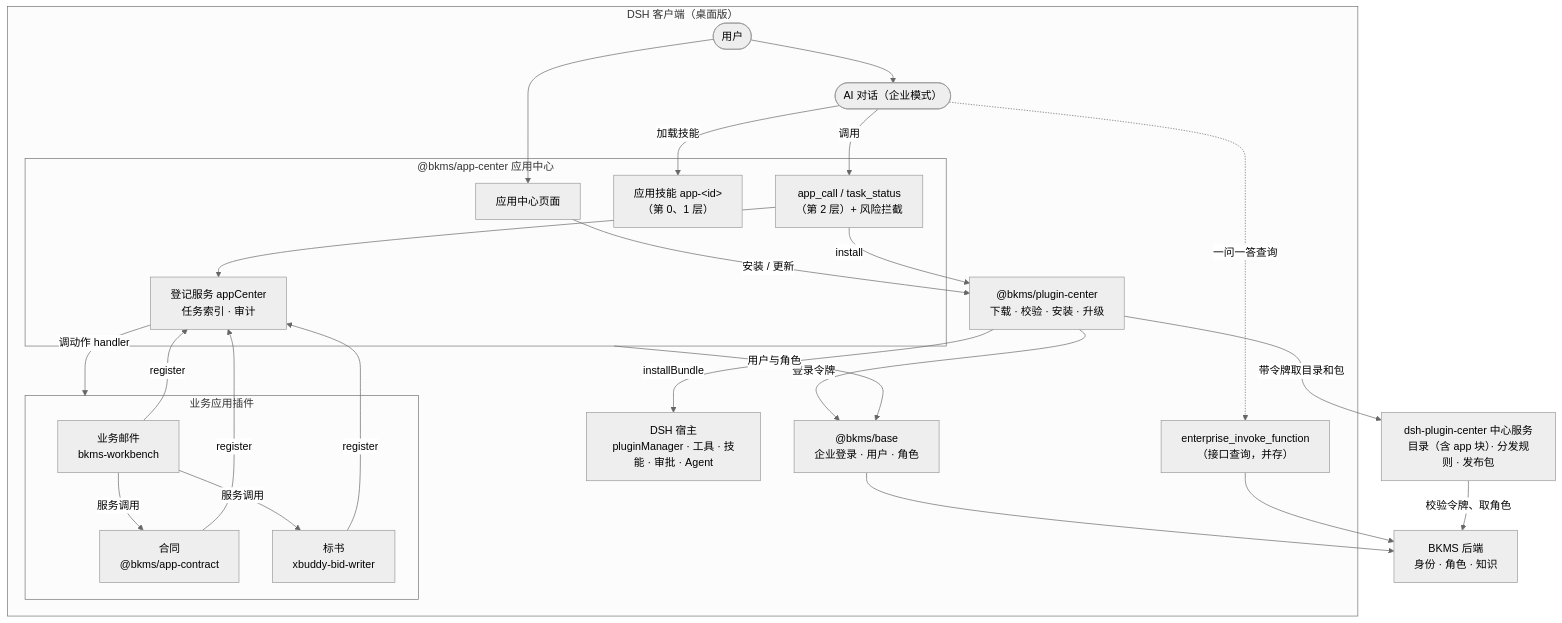
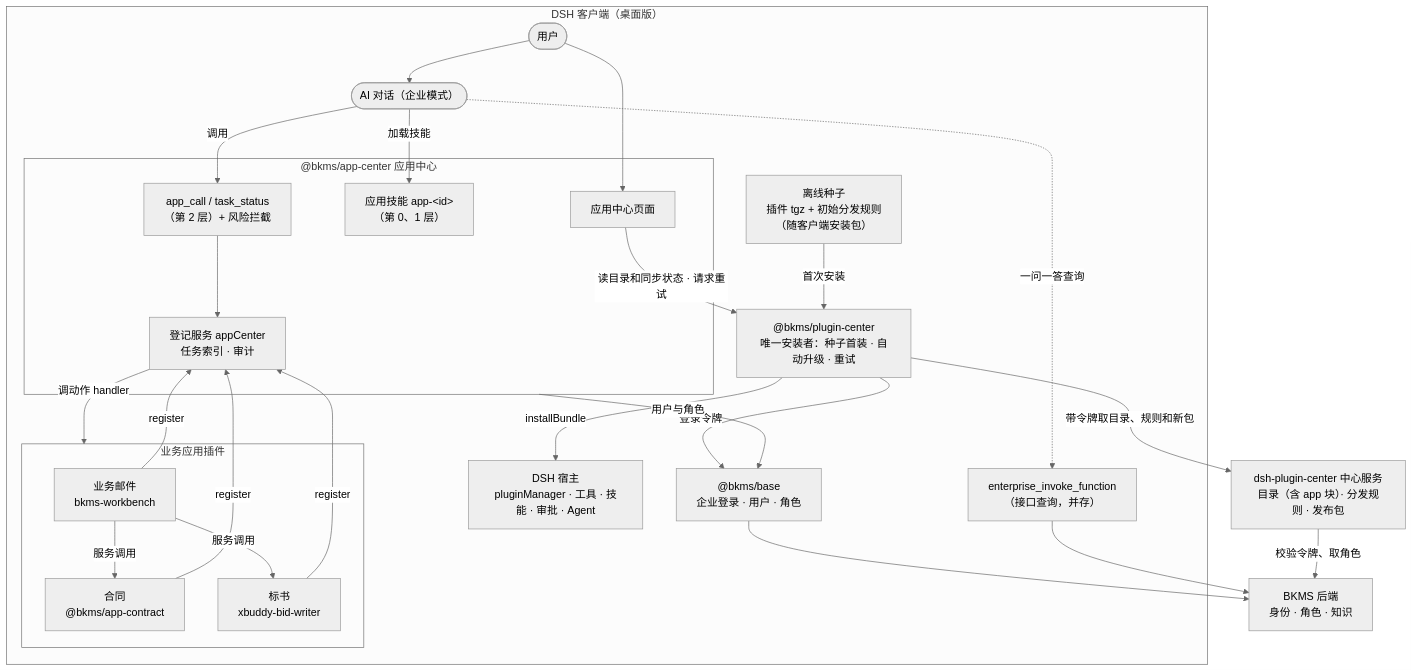
Before and after one commit to zq-ai-labs/app-center: the diagram in docs/BKMS 应用中心技术方案.md, drawn with Mermaid (neutral theme). The commit also changed other lines of this file and 3 other files, not shown here.

First line of the commit message:
docs: plugin center installs and upgrades every plugin; offline seed; no in-app install

````diff
--- a/docs/BKMS 应用中心技术方案.md
+++ b/docs/BKMS 应用中心技术方案.md
@@ -21,46 +22,47 @@
 ```mermaid
 flowchart TB
   subgraph Client["DSH 客户端（桌面版）"]
     User(["用户"])
     AI(["AI 对话（企业模式）"])
     subgraph AC["@bkms/app-center 应用中心"]
       ACPage["应用中心页面"]
       ACSkills["应用技能 app-&lt;id&gt;<br/>（第 0、1 层）"]
       ACTools["app_call / task_status<br/>（第 2 层）+ 风险拦截"]
       ACReg["登记服务 appCenter<br/>任务索引 · 审计"]
     end
     subgraph Apps["业务应用插件"]
       Mail["业务邮件<br/>bkms-workbench"]
       Contract["合同<br/>@bkms/app-contract"]
       Bid["标书<br/>xbuddy-bid-writer"]
     end
-    PC["@bkms/plugin-center<br/>下载 · 校验 · 安装 · 升级"]
+    PC["@bkms/plugin-center<br/>唯一安装者：种子首装 · 自动升级 · 重试"]
+    Seed["离线种子<br/>插件 tgz + 初始分发规则<br/>（随客户端安装包）"]
     Base["@bkms/base<br/>企业登录 · 用户 · 角色"]
     KE["enterprise_invoke_function<br/>（接口查询，并存）"]
     Host["DSH 宿主<br/>pluginManager · 工具 · 技能 · 审批 · Agent"]
   end
   Center["dsh-plugin-center 中心服务<br/>目录（含 app 块）· 分发规则 · 发布包"]
   BKMS["BKMS 后端<br/>身份 · 角色 · 知识"]
 
   User --> ACPage
   User --> AI
   AI -- 加载技能 --> ACSkills
   AI -- 调用 --> ACTools
   AI -. 一问一答查询 .-> KE
   ACTools --> ACReg
   Mail -- register --> ACReg
   Contract -- register --> ACReg
   Bid -- register --> ACReg
   ACReg -- 调动作 handler --> Apps
   Mail -- 服务调用 --> Contract
   Mail -- 服务调用 --> Bid
-  ACPage -- 安装 / 更新 --> PC
-  ACTools -- install --> PC
-  PC -- 带令牌取目录和包 --> Center
+  ACPage -- 读目录和同步状态 · 请求重试 --> PC
+  Seed -- 首次安装 --> PC
+  PC -- 带令牌取目录、规则和新包 --> Center
   PC -- installBundle --> Host
   AC -- 用户与角色 --> Base
   PC -- 登录令牌 --> Base
   Center -- 校验令牌、取角色 --> BKMS
   Base --> BKMS
   KE --> BKMS
 ```
````
